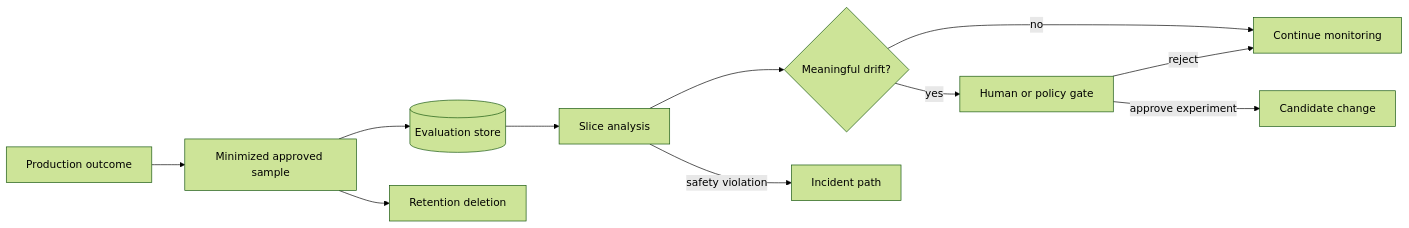
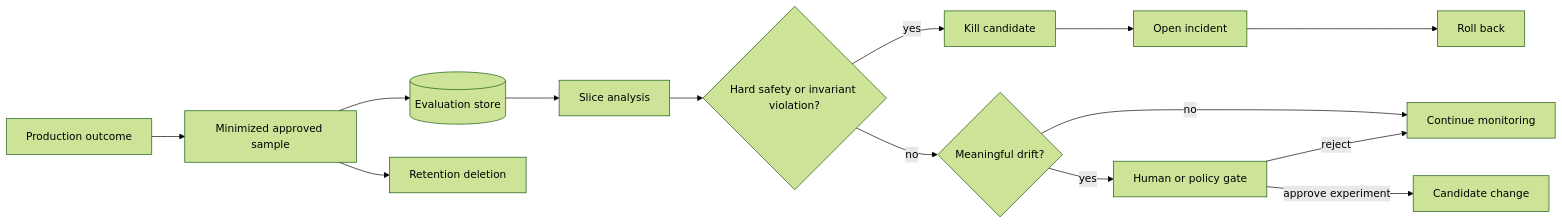
Before and after one commit to VikrantSingh01/Agentic_System_Design: the first of 3 diagrams in modules/08-scale-economics-lifecycle/chapters/35-continuous-improvement.md, drawn with Mermaid (forest theme). The commit also changed other lines of this file and 4 other files, not shown here.

````diff
--- a/modules/08-scale-economics-lifecycle/chapters/35-continuous-improvement.md
+++ b/modules/08-scale-economics-lifecycle/chapters/35-continuous-improvement.md
@@ -60,13 +60,16 @@
 ```mermaid
 flowchart LR
     P[Production outcome] --> S[Minimized approved sample]
     S --> E[(Evaluation store)]
     E --> A[Slice analysis]
-    A --> D{Meaningful drift?}
+    A --> H{Hard safety or invariant violation?}
+    H -->|yes| K[Kill candidate]
+    K --> I[Open incident]
+    I --> R[Roll back]
+    H -->|no| D{Meaningful drift?}
     D -->|no| M[Continue monitoring]
     D -->|yes| G[Human or policy gate]
     G -->|approve experiment| C[Candidate change]
     G -->|reject| M
     S --> X[Retention deletion]
-    A -->|safety violation| I[Incident path]
 ```
````
